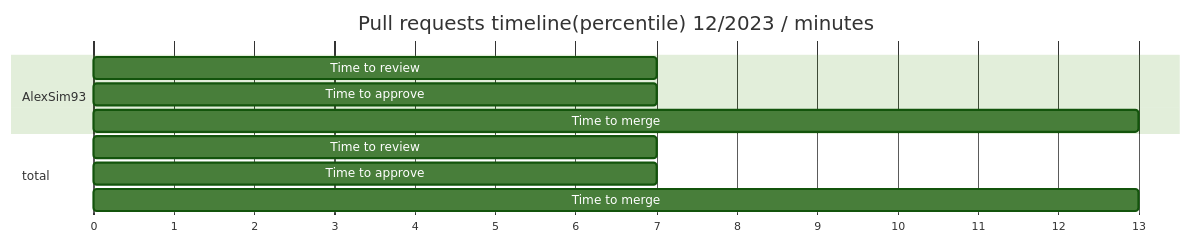
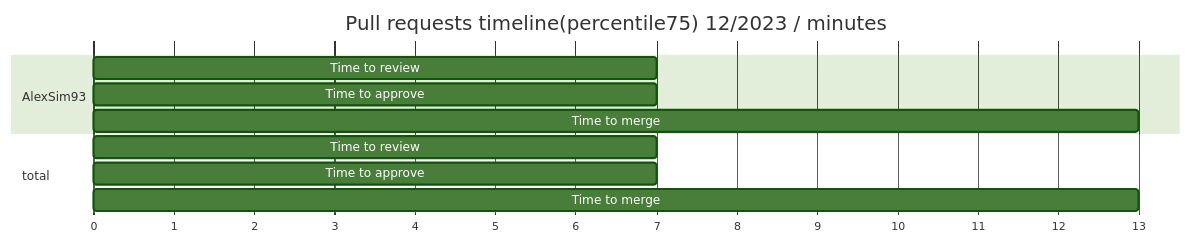
The third of 9 diagrams in examples/nPRsReport.md (AlexSim93/pull-request-analytics-action), drawn with Mermaid (forest theme) before and after one commit. The commit also changed other lines of this file and 10 other files, not shown here.

````diff
--- a/examples/nPRsReport.md
+++ b/examples/nPRsReport.md
@@ -92,16 +92,16 @@
 ```mermaid
 gantt
-title Pull requests timeline(percentile) 12/2023 / minutes
+title Pull requests timeline(percentile75) 12/2023 / minutes
 dateFormat X
 axisFormat %s
 section AlexSim93
                 Time to review :  0, 7
 Time to approve :  0, 7
 Time to merge :  0, 13
         
 section total
                 Time to review :  0, 7
 Time to approve :  0, 7
 Time to merge :  0, 13
         
 ```
````
